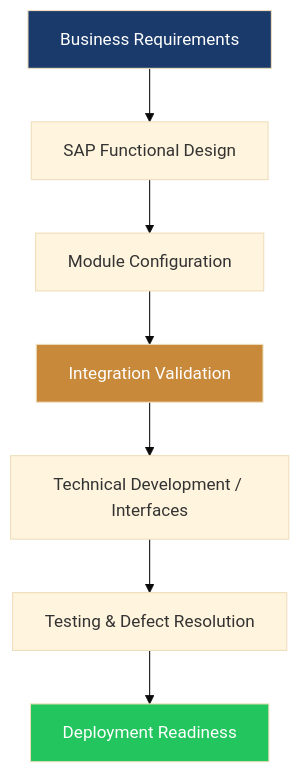
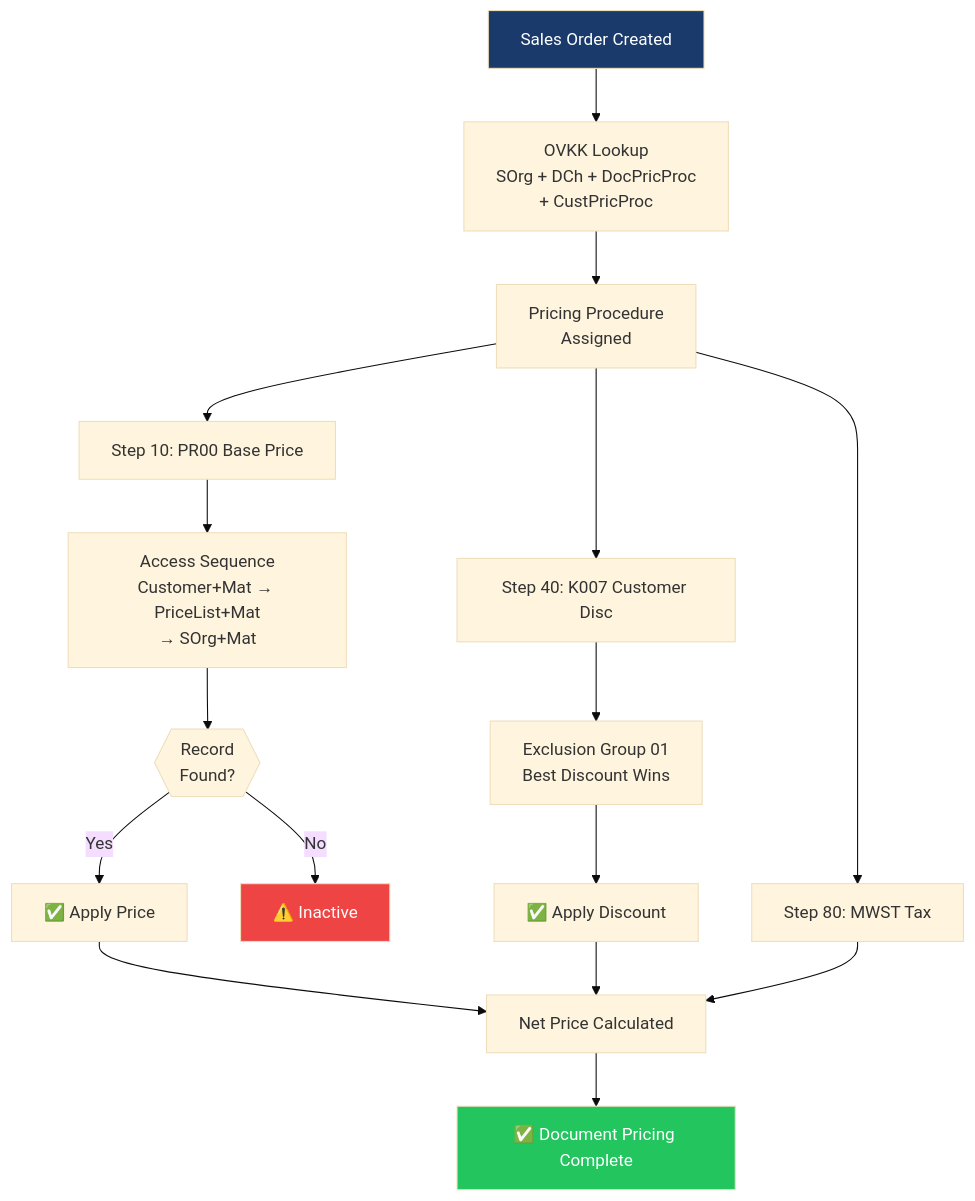
Before and after one commit to prashanth-sap-sd/prashanth-sap-sd: the second of 3 diagrams in README.md, drawn with Mermaid (base theme). The commit also changed other lines of this file, not shown here.

````diff
--- a/README.md
+++ b/README.md
@@ -115,13 +143,25 @@
 ```mermaid
 flowchart TD
-    A["Business Requirements"] --> B["SAP Functional Design"]
-    B --> C["Module Configuration"]
-    C --> D["Integration Validation"]
-    D --> E["Technical Development / Interfaces"]
-    E --> F["Testing & Defect Resolution"]
-    F --> G["Deployment Readiness"]
+    A["Sales Order Created"] --> B["OVKK Lookup\nSOrg + DCh + DocPricProc\n+ CustPricProc"]
+    B --> C["Pricing Procedure\nAssigned"]
+    C --> D["Step 10: PR00 Base Price"]
+    C --> E["Step 40: K007 Customer Disc"]
+    C --> F["Step 80: MWST Tax"]
+
+    D --> D1["Access Sequence\nCustomer+Mat → PriceList+Mat\n→ SOrg+Mat"]
+    D1 --> D2{{"Record\nFound?"}}
+    D2 -->|Yes| D3["✅ Apply Price"]
+    D2 -->|No| D4["⚠️ Inactive"]
+
+    E --> E1["Exclusion Group 01\nBest Discount Wins"]
+    E1 --> E2["✅ Apply Discount"]
+
+    D3 --> G["Net Price Calculated"]
+    E2 --> G
+    F --> G
+    G --> H["✅ Document Pricing Complete"]
 
     style A fill:#1a3a6b,color:#fff
-    style G fill:#22c55e,color:#fff
-    style D fill:#c8893a,color:#fff
+    style H fill:#22c55e,color:#fff
+    style D4 fill:#ef4444,color:#fff
 ```
````
